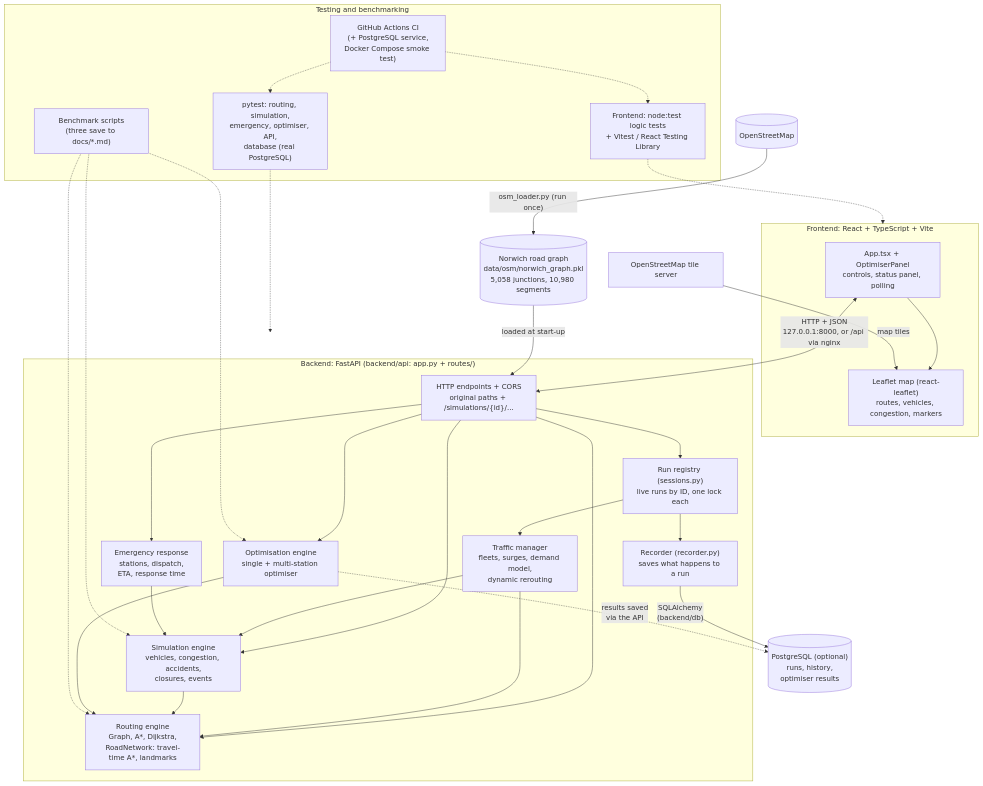
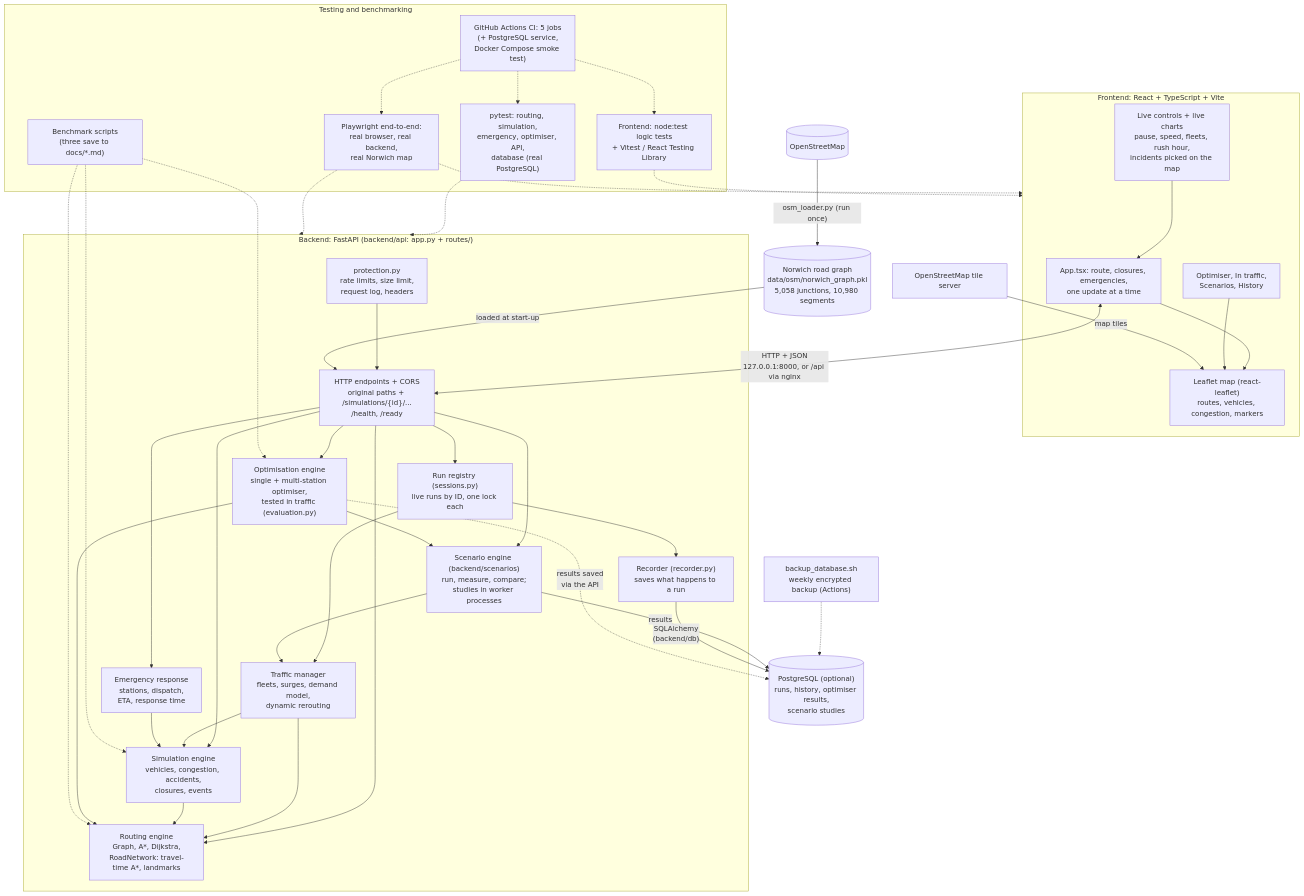
The first of 3 diagrams in docs/ARCHITECTURE.md (samiaa10/urban-traffic-sim), drawn with Mermaid before and after one commit. The commit also changed other lines of this file and 14 other files, not shown here.

First line of the commit message:
Document the API properly and bring the architecture guide up to date

````diff
--- a/docs/ARCHITECTURE.md
+++ b/docs/ARCHITECTURE.md
@@ -16,55 +16,71 @@
 ```mermaid
 flowchart TB
     OSM[(OpenStreetMap)] -->|"osm_loader.py (run once)"| PKL[("Norwich road graph<br/>data/osm/norwich_graph.pkl<br/>5,058 junctions, 10,980 segments")]
 
     subgraph FE["Frontend: React + TypeScript + Vite"]
-        APP["App.tsx + OptimiserPanel<br/>controls, status panel, polling"]
+        APP["App.tsx: route, closures, emergencies,<br/>one update at a time"]
+        LIVE["Live controls + live charts<br/>pause, speed, fleets, rush hour,<br/>incidents picked on the map"]
+        PANELS["Optimiser, In traffic,<br/>Scenarios, History"]
         MAP["Leaflet map (react-leaflet)<br/>routes, vehicles, congestion, markers"]
         APP --> MAP
+        LIVE --> APP
+        PANELS --> MAP
     end
 
     subgraph BE["Backend: FastAPI (backend/api: app.py + routes/)"]
-        API["HTTP endpoints + CORS<br/>original paths + /simulations/{id}/..."]
+        PROT["protection.py<br/>rate limits, size limit,<br/>request log, headers"]
+        API["HTTP endpoints + CORS<br/>original paths + /simulations/{id}/...<br/>/health, /ready"]
+        PROT --> API
         REG["Run registry (sessions.py)<br/>live runs by ID, one lock each"]
         REC["Recorder (recorder.py)<br/>saves what happens to a run"]
         ROUTING["Routing engine<br/>Graph, A*, Dijkstra,<br/>RoadNetwork: travel-time A*, landmarks"]
         SIM["Simulation engine<br/>vehicles, congestion, accidents,<br/>closures, events"]
         TM["Traffic manager<br/>fleets, surges, demand model,<br/>dynamic rerouting"]
         EMER["Emergency response<br/>stations, dispatch,<br/>ETA, response time"]
-        OPT["Optimisation engine<br/>single + multi-station optimiser"]
+        OPT["Optimisation engine<br/>single + multi-station optimiser,<br/>tested in traffic (evaluation.py)"]
+        SCEN["Scenario engine (backend/scenarios)<br/>run, measure, compare;<br/>studies in worker processes"]
         API --> REG
         REG --> TM
         REG --> REC
         API --> SIM
         API --> ROUTING
         API --> EMER
         API --> OPT
         TM --> SIM
         TM --> ROUTING
         SIM --> ROUTING
         EMER --> SIM
         OPT --> ROUTING
+        API --> SCEN
+        SCEN --> TM
+        OPT --> SCEN
     end
 
     PKL -->|"loaded at start-up"| API
-    PG[("PostgreSQL (optional)<br/>runs, history,<br/>optimiser results")]
+    PG[("PostgreSQL (optional)<br/>runs, history, optimiser results,<br/>scenario studies")]
+    SCEN -->|"results"| PG
+    BACKUP["backup_database.sh<br/>weekly encrypted backup (Actions)"] -.-> PG
     REC -->|"SQLAlchemy<br/>(backend/db)"| PG
     OPT -.->|"results saved<br/>via the API"| PG
     APP <-->|"HTTP + JSON<br/>127.0.0.1:8000, or /api via nginx"| API
     TILES[OpenStreetMap tile server] -->|map tiles| MAP
 
     subgraph QA["Testing and benchmarking"]
         PYT["pytest: routing, simulation,<br/>emergency, optimiser, API,<br/>database (real PostgreSQL)"]
         BEN["Benchmark scripts<br/>(three save to docs/*.md)"]
         FET["Frontend: node:test logic tests<br/>+ Vitest / React Testing Library"]
-        CI["GitHub Actions CI<br/>(+ PostgreSQL service,<br/>Docker Compose smoke test)"]
+        E2E["Playwright end-to-end:<br/>real browser, real backend,<br/>real Norwich map"]
+        CI["GitHub Actions CI: 5 jobs<br/>(+ PostgreSQL service,<br/>Docker Compose smoke test)"]
     end
 
     PYT -.-> BE
     BEN -.-> ROUTING
     BEN -.-> SIM
     BEN -.-> OPT
     FET -.-> FE
     CI -.-> PYT
     CI -.-> FET
+    CI -.-> E2E
+    E2E -.-> FE
+    E2E -.-> BE
 ```
````
